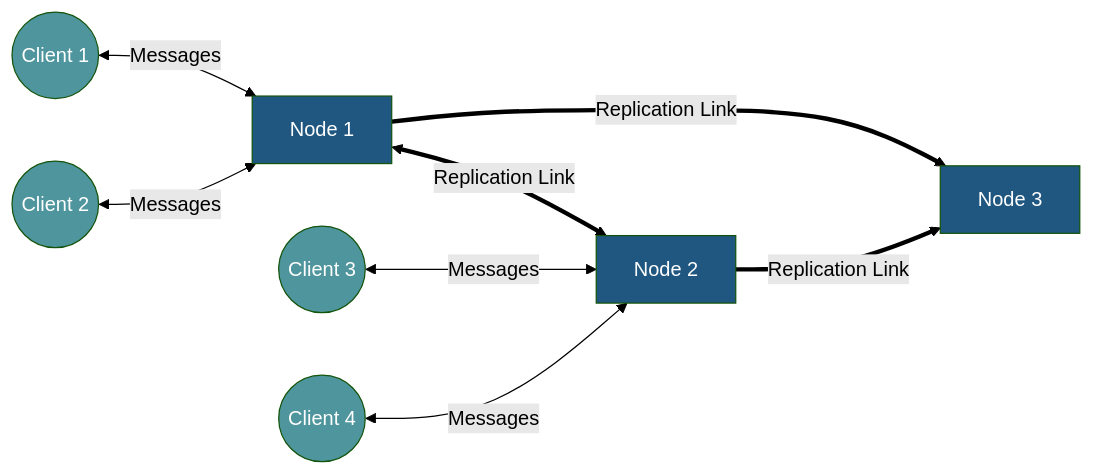
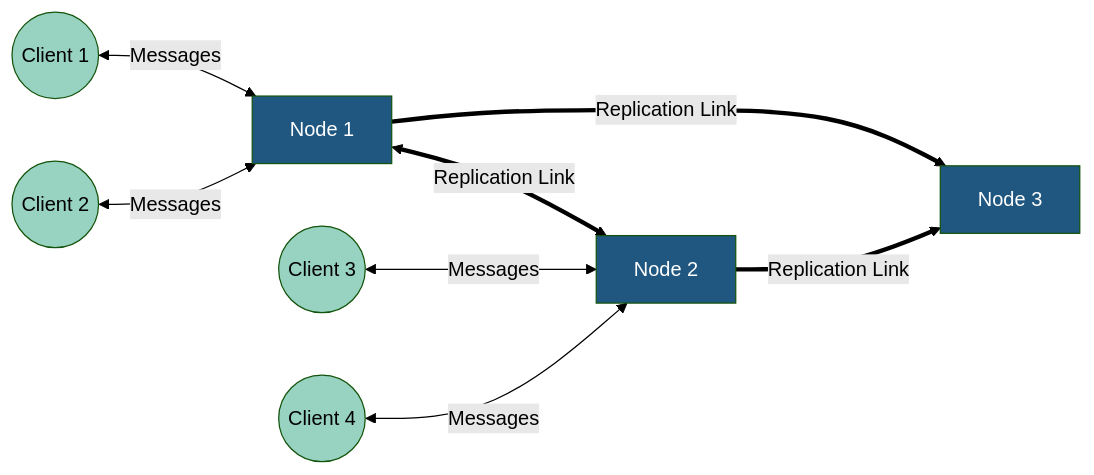
The first of 2 diagrams in README.md (niklas-enns/message-broker), drawn with Mermaid (forest theme) before and after one commit.

Commit message:
reformat table

````diff
--- a/README.md
+++ b/README.md
@@ -11,18 +11,18 @@
 ```mermaid
 graph LR;
     N1[Node 1]<==>|Replication Link|N2[Node 2]
     N1[Node 1]==>|Replication Link|N3[Node 3]
     N2==>|Replication Link|N3
     C1((Client 1))<-->|Messages|N1;
     C2((Client 2))<-->|Messages|N1;
     C3((Client 3))<-->|Messages|N2;
     C4((Client 4))<-->|Messages|N2;
     N3[Node 3]
     
     classDef c1 fill:#205781,color:white;
     classDef c2 fill:#4F959D,color:white;
     classDef c3 fill:#98D2C0;
     classDef c4 fill:#F6F8D5;
     class N1,N2,N3 c1
-    class C1,C2,C3,C4 c2
+    class C1,C2,C3,C4 c3
 ```
````
